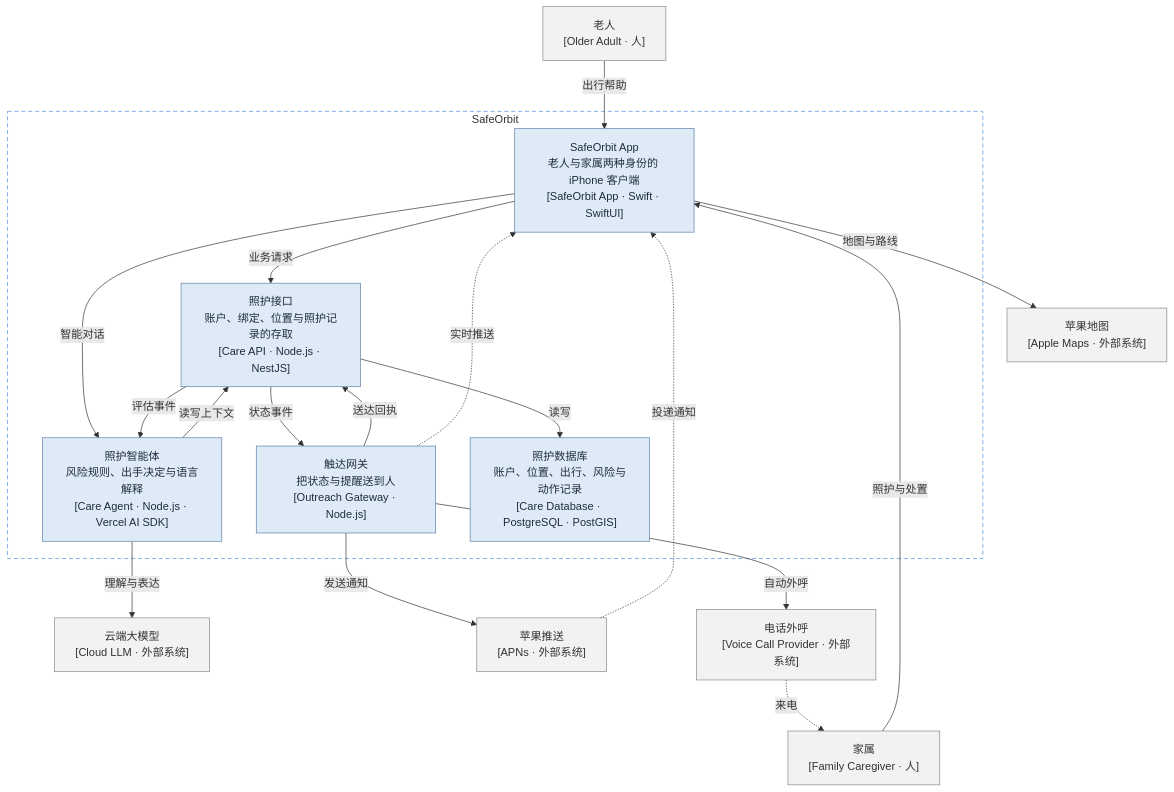
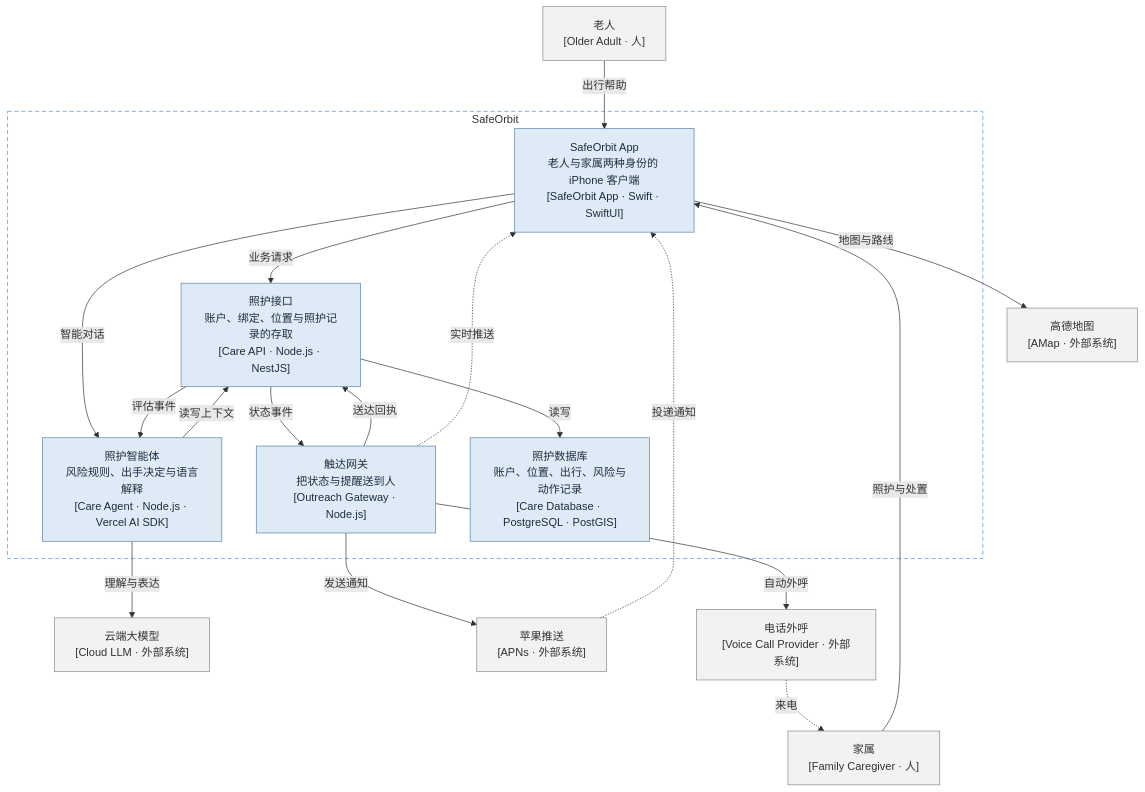
One commit to AoiKazamatsuri/safeorbit changed the second of 4 diagrams in truth/工程架构.md. Above: the diagram before and after it, drawn with Mermaid. The commit also changed other lines of this file and 16 other files, not shown here.

````diff
--- a/truth/工程架构.md
+++ b/truth/工程架构.md
@@ -101,39 +105,39 @@
 ```mermaid
 graph TB
     %% name: safeorbit-containers
     %% home: safeorbit-containers
     OA["老人<br/>[Older Adult · 人]"]
     FC["家属<br/>[Family Caregiver · 人]"]
     subgraph SYS["SafeOrbit"]
         APP["SafeOrbit App<br/>老人与家属两种身份的 iPhone 客户端<br/>[SafeOrbit App · Swift · SwiftUI]"]
         API["照护接口<br/>账户、绑定、位置与照护记录的存取<br/>[Care API · Node.js · NestJS]"]
         AGENT["照护智能体<br/>风险规则、出手决定与语言解释<br/>[Care Agent · Node.js · Vercel AI SDK]"]
         GW["触达网关<br/>把状态与提醒送到人<br/>[Outreach Gateway · Node.js]"]
         DB["照护数据库<br/>账户、位置、出行、风险与动作记录<br/>[Care Database · PostgreSQL · PostGIS]"]
     end
-    MAP["苹果地图<br/>[Apple Maps · 外部系统]"]
+    MAP["高德地图<br/>[AMap · 外部系统]"]
     LLM["云端大模型<br/>[Cloud LLM · 外部系统]"]
     APNS["苹果推送<br/>[APNs · 外部系统]"]
     TEL["电话外呼<br/>[Voice Call Provider · 外部系统]"]
     OA -->|"出行帮助"| APP
     FC -->|"照护与处置"| APP
     APP -->|"业务请求"| API
     APP -->|"智能对话"| AGENT
     APP -->|"地图与路线"| MAP
     API -->|"读写"| DB
     API -->|"评估事件"| AGENT
     AGENT -->|"读写上下文"| API
     AGENT -->|"理解与表达"| LLM
     API -->|"状态事件"| GW
     GW -->|"送达回执"| API
     GW -.->|"实时推送"| APP
     GW -->|"发送通知"| APNS
     APNS -.->|"投递通知"| APP
     GW -->|"自动外呼"| TEL
     TEL -.->|"来电"| FC
     classDef shell fill:#deebf7,stroke:#5b81a8,color:#1f2d3d
     classDef ext fill:#f2f2f2,stroke:#8a8a8a,color:#333333
     class APP,API,AGENT,GW,DB shell
     class OA,FC,MAP,LLM,APNS,TEL ext
     style SYS fill:none,stroke:#4a90e2,stroke-dasharray:6 4
 ```
````
